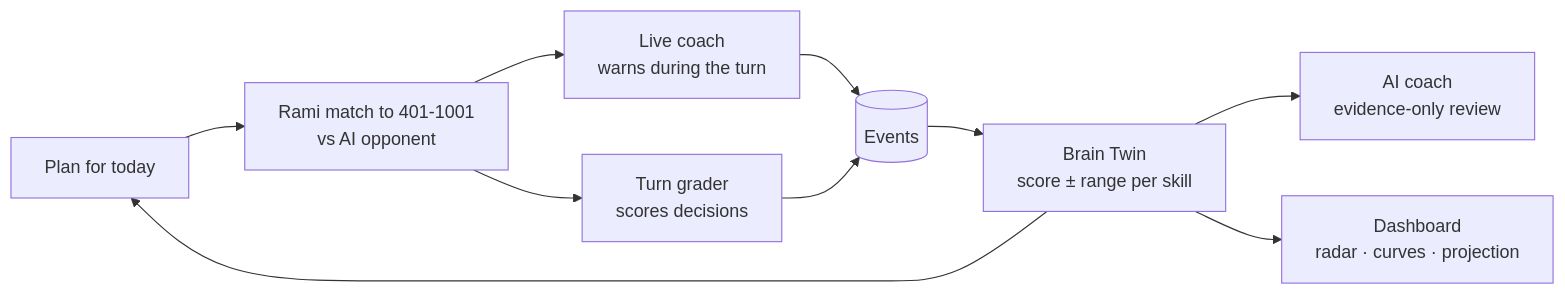
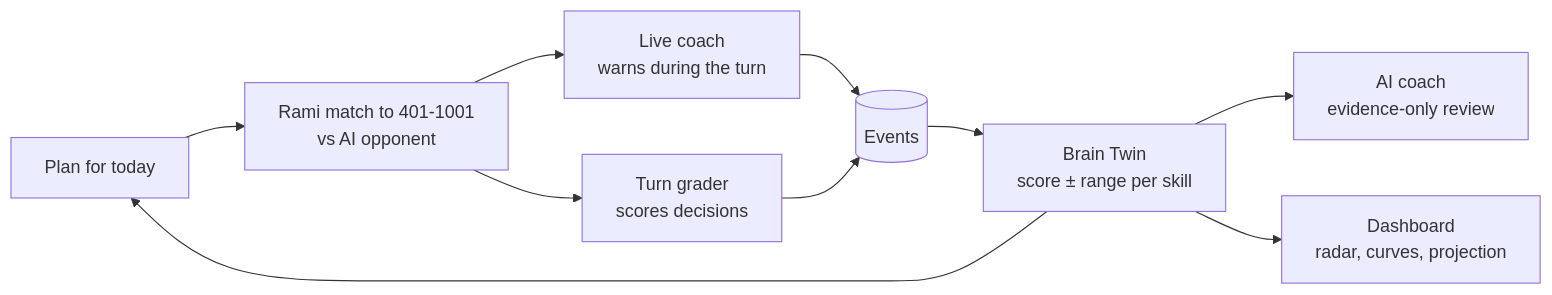
The first of 2 diagrams in README.md (KareemChatti/Ai4brain-cistac-iset-bizerte), drawn with Mermaid before and after one commit. The commit also changed other lines of this file and 2 other files, not shown here.

````diff
--- a/README.md
+++ b/README.md
@@ -46,12 +41,12 @@
 ```mermaid
 flowchart LR
     P[Plan for today] --> R[Rami match to 401-1001<br/>vs AI opponent]
     R --> L[Live coach<br/>warns during the turn]
     R --> G[Turn grader<br/>scores decisions]
     L --> E[(Events)]
     G --> E
     E --> T[Brain Twin<br/>score ± range per skill]
     T --> C[AI coach<br/>evidence-only review]
-    T --> D[Dashboard<br/>radar · curves · projection]
+    T --> D[Dashboard<br/>radar, curves, projection]
     T --> P
 ```
````
